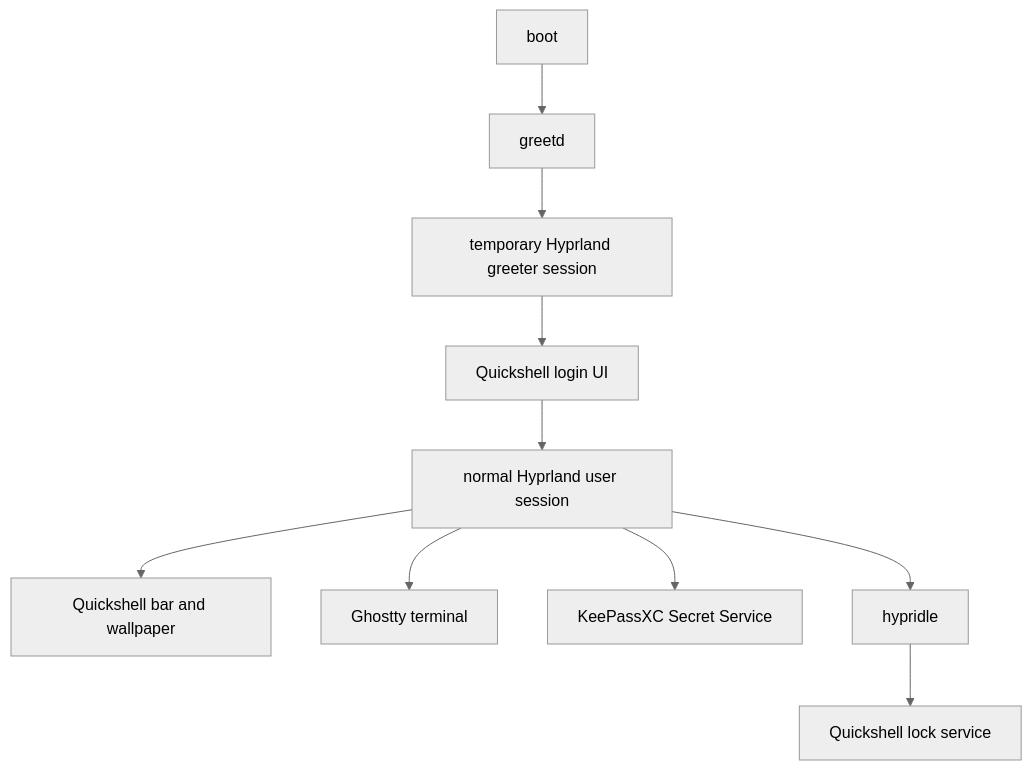
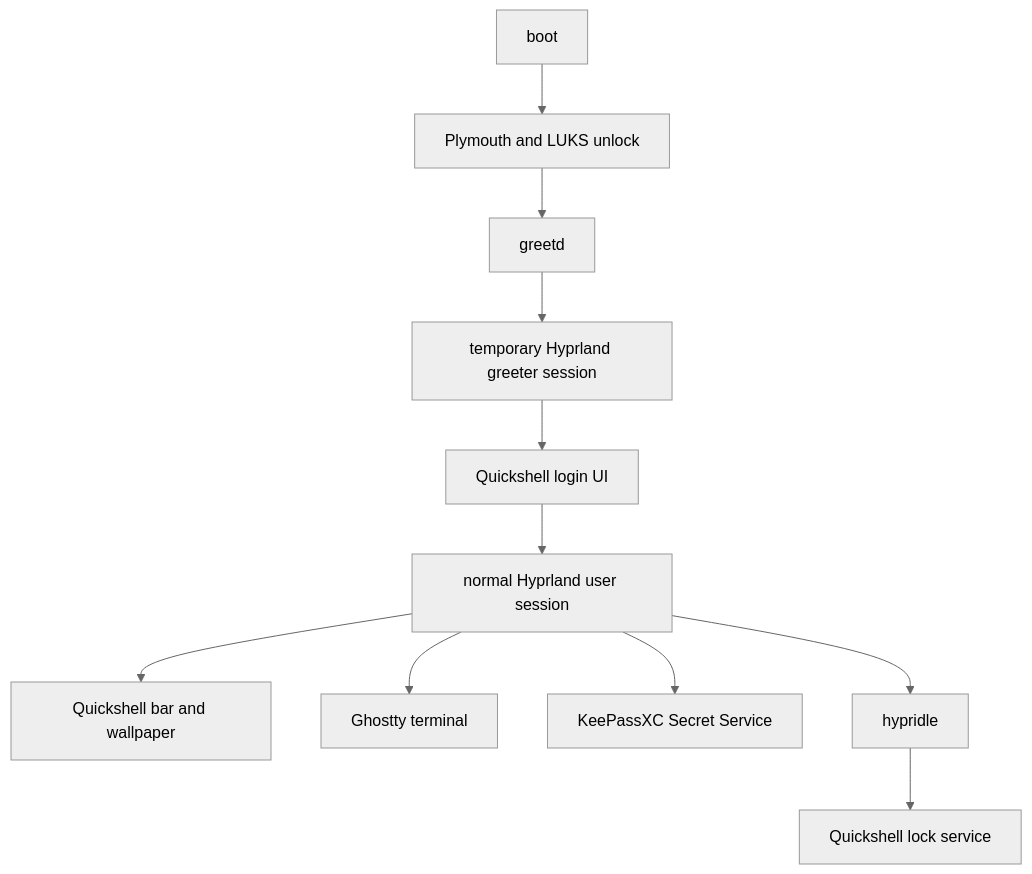
Before and after one commit to igorcamilo/dotfiles: the second of 2 diagrams in docs/architecture.md, drawn with Mermaid (neutral theme). The commit also changed other lines of this file and 12 other files, not shown here.

````diff
--- a/docs/architecture.md
+++ b/docs/architecture.md
@@ -259,11 +266,12 @@
 ```mermaid
 flowchart TD
-    boot["boot"] --> greetd["greetd"]
+    boot["boot"] --> unlock["Plymouth and LUKS unlock"]
+    unlock --> greetd["greetd"]
     greetd --> greeter["temporary Hyprland greeter session"]
     greeter --> loginui["Quickshell login UI"]
     loginui --> session["normal Hyprland user session"]
     session --> bar["Quickshell bar and wallpaper"]
     session --> terminal["Ghostty terminal"]
     session --> keepassxc["KeePassXC Secret Service"]
     session --> hypridle["hypridle"] --> lock["Quickshell lock service"]
 ```
````
